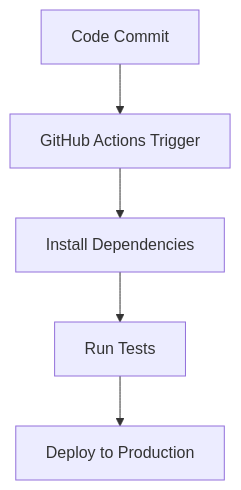
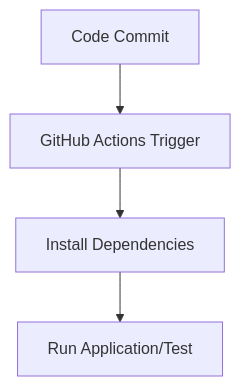
The diagram in README.md (Sadanki/flask-ci-cd-demo), drawn with Mermaid before and after one commit. The commit also changed other lines of this file, not shown here.

````diff
--- a/README.md
+++ b/README.md
@@ -45,7 +46,6 @@
 ```mermaid
 graph TD
 A[Code Commit] --> B[GitHub Actions Trigger]
 B --> C[Install Dependencies]
-C --> D[Run Tests]
-D --> E[Deploy to Production]
+C --> D[Run Application/Test]
 ```
````
